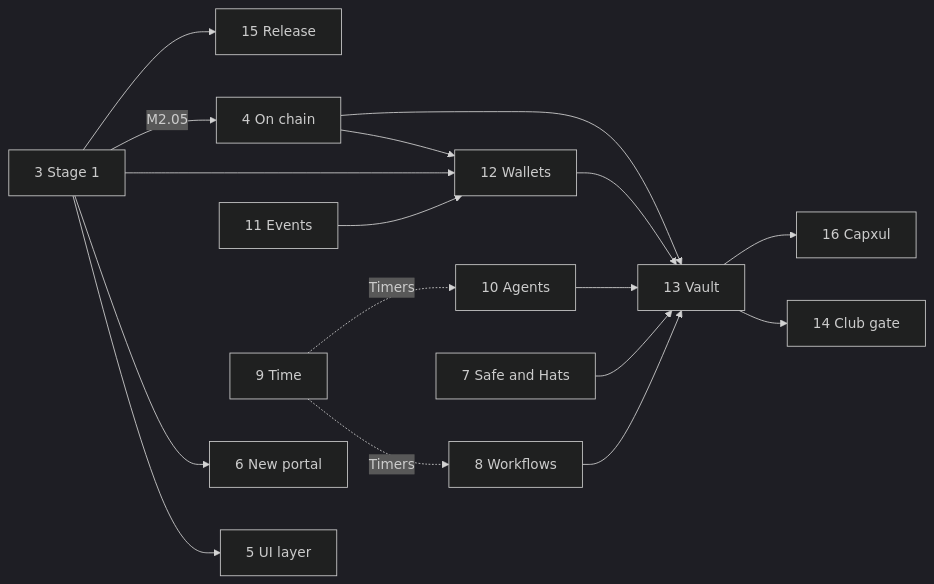
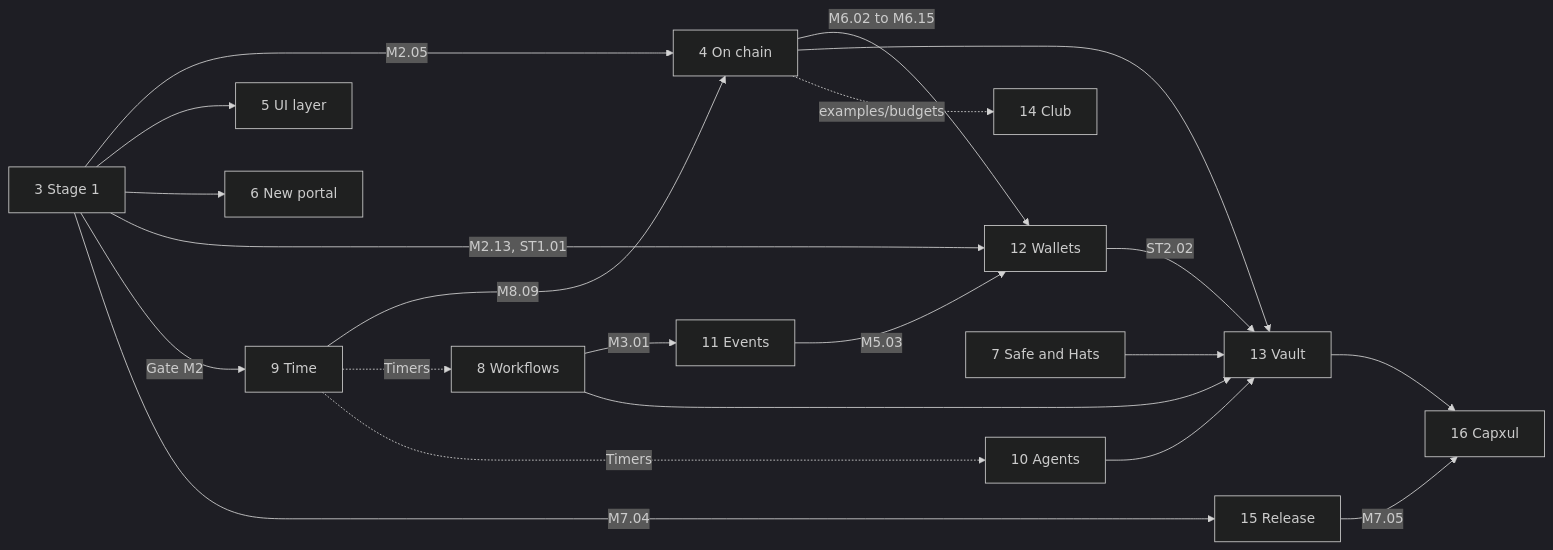
Before and after one commit to AaronAbuUsama/architect: the diagram in design/goals/map.md, drawn with Mermaid (dark theme). The commit also changed other lines of this file and 3 other files, not shown here.

````diff
--- a/design/goals/map.md
+++ b/design/goals/map.md
@@ -67,19 +72,23 @@
 ```mermaid
 flowchart LR
-  G3[3 Stage 1] --> G5[5 UI layer]
+  G3[3 Stage 1] -->|M2.05| G4[4 On chain]
+  G3 --> G5[5 UI layer]
   G3 --> G6[6 New portal]
-  G3 --> G12[12 Wallets]
-  G3 -->|M2.05| G4[4 On chain]
-  G4 --> G12
-  G11[11 Events] --> G12
-  G9[9 Time] -.Timers.-> G8[8 Workflows]
+  G3 -->|M2.13, ST1.01| G12[12 Wallets]
+  G3 -->|Gate M2| G9[9 Time]
+  G3 -->|M7.04| G15[15 Release]
+  G4 -->|M6.02 to M6.15| G12
+  G4 --> G13[13 Vault]
+  G4 -.examples/budgets.-> G14[14 Club]
+  G9 -->|M8.09| G4
+  G9 -.Timers.-> G8[8 Workflows]
   G9 -.Timers.-> G10[10 Agents]
-  G4 --> G13[13 Vault]
+  G8 -->|M3.01| G11[11 Events]
+  G11 -->|M5.03| G12
   G7[7 Safe and Hats] --> G13
   G8 --> G13
   G10 --> G13
-  G12 --> G13
-  G13 --> G14[14 Club gate]
-  G13 --> G16[16 Capxul]
-  G3 --> G15[15 Release]
+  G12 -->|ST2.02| G13
+  G15 -->|M7.05| G16[16 Capxul]
+  G13 --> G16
 ```
````
